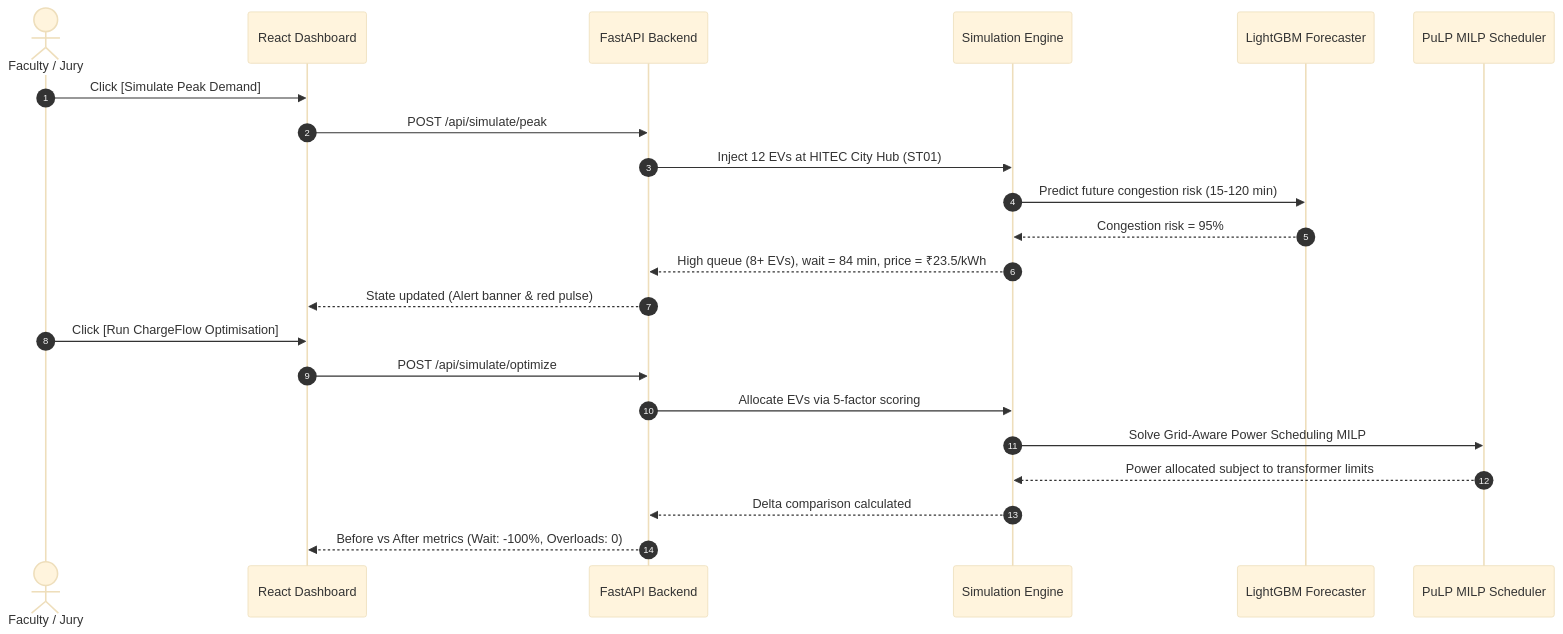
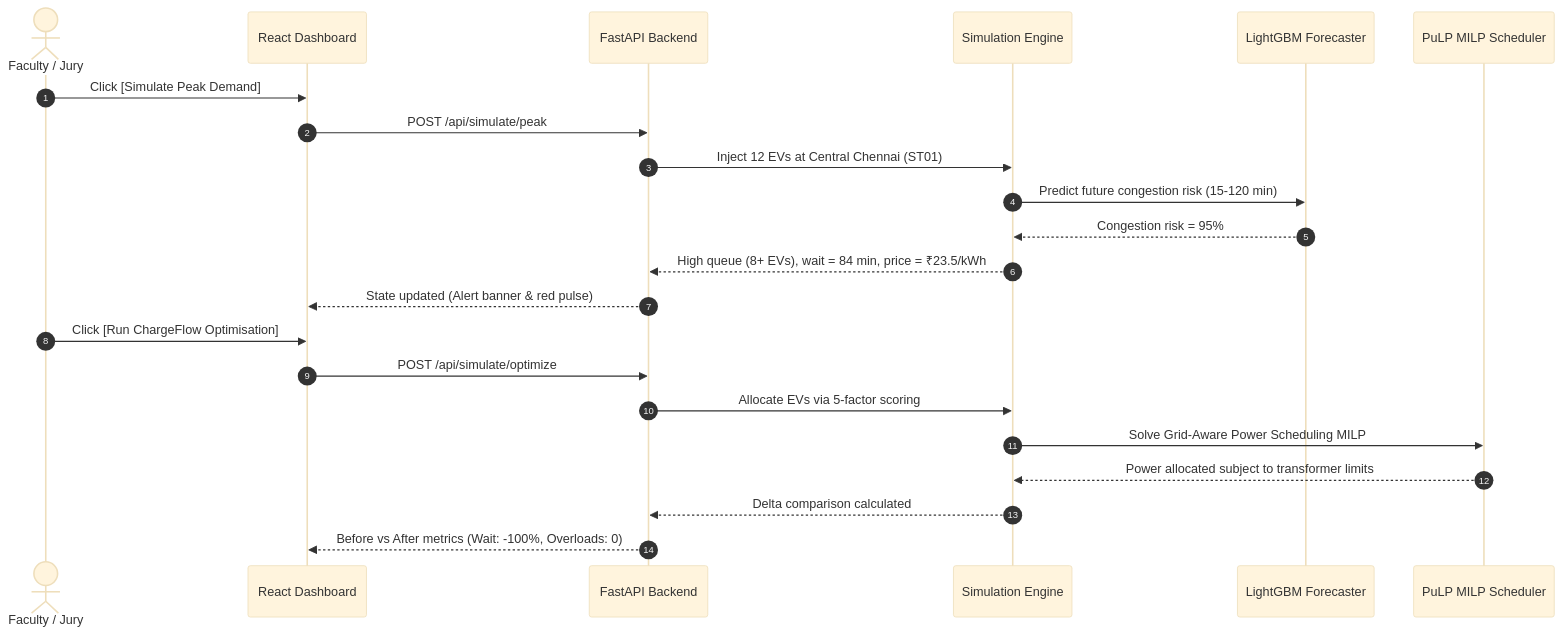
One commit to someone1644/chargeflow-ai changed the second of 2 diagrams in docs/architecture.md. Above: the diagram before and after it, drawn with Mermaid (base theme). The commit also changed 12 other files, not shown here.

First line of the commit message:
fix(sim): apply actual PuLP schedule allocations and migrate demo geography to Chennai

````diff
--- a/docs/architecture.md
+++ b/docs/architecture.md
@@ -42,26 +42,26 @@
 ```mermaid
 sequenceDiagram
     autonumber
     actor Judge as Faculty / Jury
     participant Dashboard as React Dashboard
     participant API as FastAPI Backend
     participant Sim as Simulation Engine
     participant ML as LightGBM Forecaster
     participant PuLP as PuLP MILP Scheduler
 
     Judge->>Dashboard: Click [Simulate Peak Demand]
     Dashboard->>API: POST /api/simulate/peak
-    API->>Sim: Inject 12 EVs at HITEC City Hub (ST01)
+    API->>Sim: Inject 12 EVs at Central Chennai (ST01)
     Sim->>ML: Predict future congestion risk (15-120 min)
     ML-->>Sim: Congestion risk = 95%
     Sim-->>API: High queue (8+ EVs), wait = 84 min, price = ₹23.5/kWh
     API-->>Dashboard: State updated (Alert banner & red pulse)
 
     Judge->>Dashboard: Click [Run ChargeFlow Optimisation]
     Dashboard->>API: POST /api/simulate/optimize
     API->>Sim: Allocate EVs via 5-factor scoring
     Sim->>PuLP: Solve Grid-Aware Power Scheduling MILP
     PuLP-->>Sim: Power allocated subject to transformer limits
     Sim-->>API: Delta comparison calculated
     API-->>Dashboard: Before vs After metrics (Wait: -100%, Overloads: 0)
 ```
````
